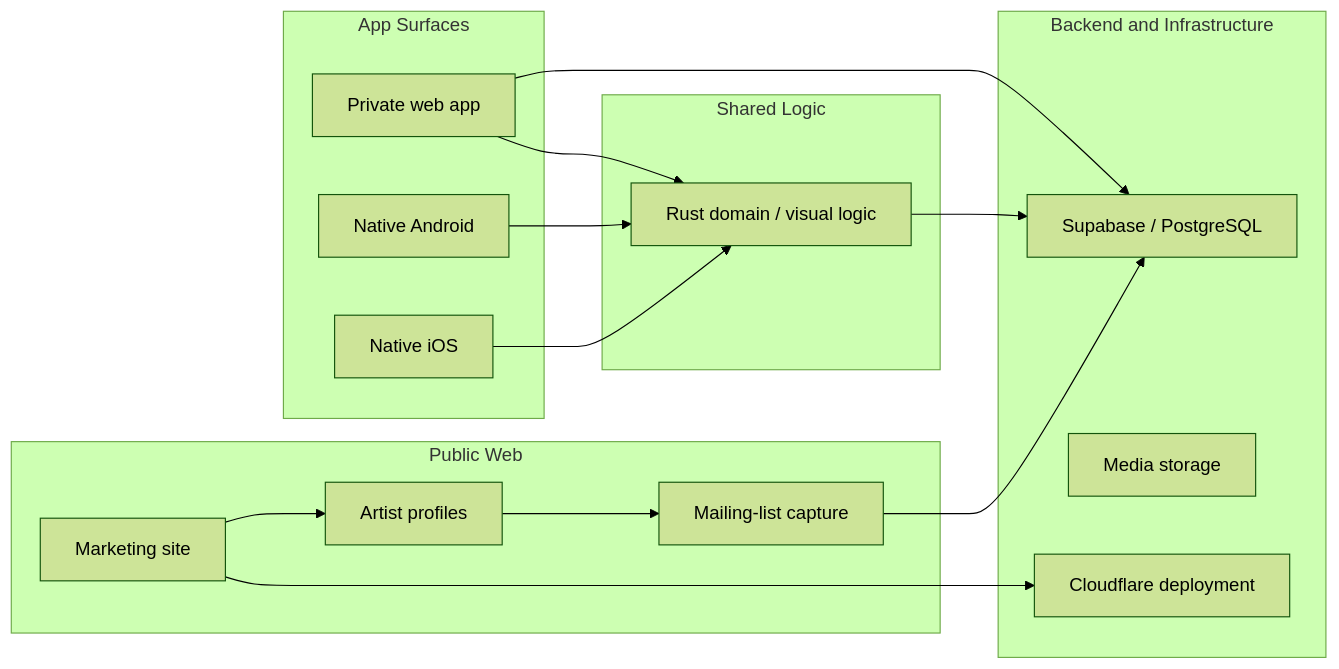
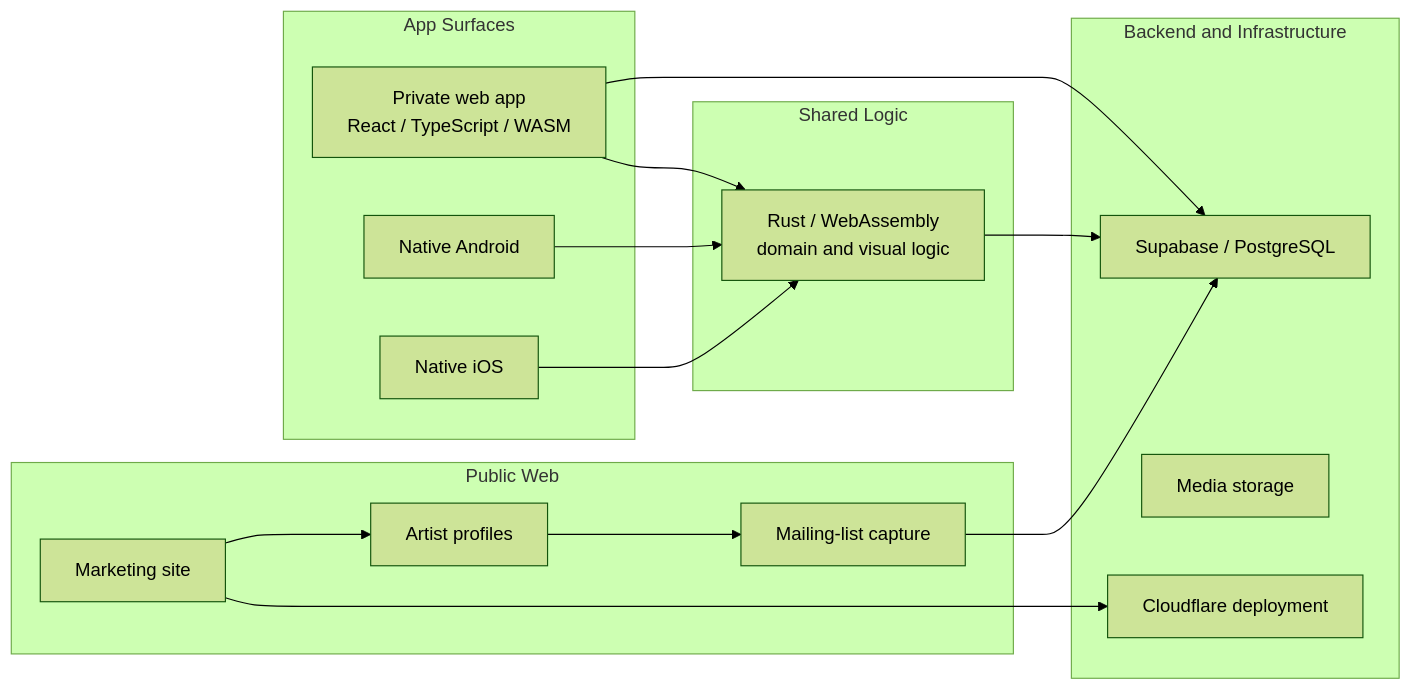
The diagram in docs/02-public-architecture.md (alecrees/metopus-product-case-study), drawn with Mermaid (forest theme) before and after one commit. The commit also changed other lines of this file and 1 other file, not shown here.

Commit message:
Clarify web app Rust and WASM architecture

````diff
--- a/docs/02-public-architecture.md
+++ b/docs/02-public-architecture.md
@@ -7,34 +7,34 @@
 ```mermaid
 flowchart LR
     subgraph PublicWeb["Public Web"]
         Marketing["Marketing site"]
         Profiles["Artist profiles"]
         Capture["Mailing-list capture"]
     end
 
     subgraph AppSurfaces["App Surfaces"]
-        WebApp["Private web app"]
+        WebApp["Private web app<br/>React / TypeScript / WASM"]
         Android["Native Android"]
         IOS["Native iOS"]
     end
 
     subgraph Shared["Shared Logic"]
-        Rust["Rust domain / visual logic"]
+        Rust["Rust / WebAssembly<br/>domain and visual logic"]
     end
 
     subgraph Backend["Backend and Infrastructure"]
         Supabase["Supabase / PostgreSQL"]
         Storage["Media storage"]
         Cloudflare["Cloudflare deployment"]
     end
 
     Marketing --> Profiles
     Profiles --> Capture
     Capture --> Supabase
     WebApp --> Supabase
     Android --> Rust
     IOS --> Rust
     WebApp --> Rust
     Rust --> Supabase
     Marketing --> Cloudflare
 ```
````
